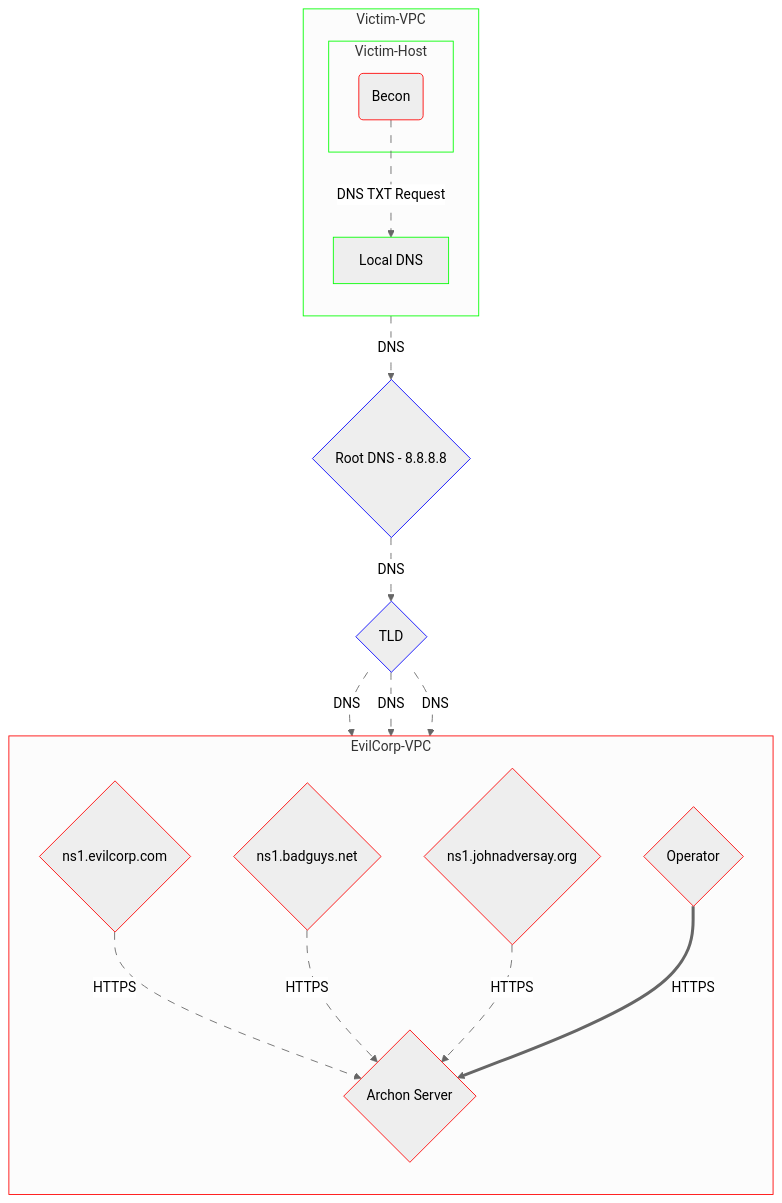
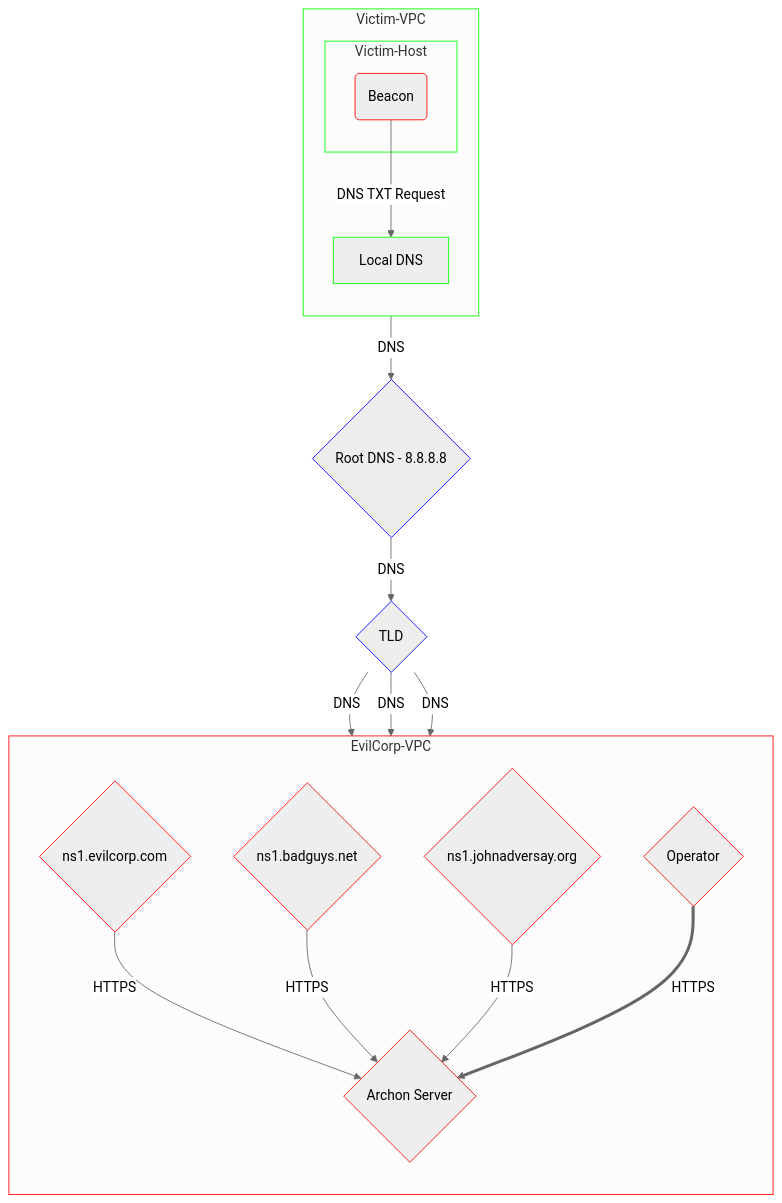
The first of 3 diagrams in README.md (abb3rrant/Unkn0wnC2), drawn with Mermaid (neutral theme) before and after one commit. The commit also changed other lines of this file and 4 other files, not shown here.

````diff
--- a/README.md
+++ b/README.md
@@ -130,47 +130,35 @@
 ```mermaid
 flowchart TB
-
-
 
     subgraph Victim-VPC
         direction TB
             subgraph Victim-Host
-                A(Becon)
+                A(Beacon)
             end
-            A e1@-->|DNS TXT Request| B[Local DNS]
-       
+            A -->|DNS TXT Request| B[Local DNS]
         end
     
-    B e2@-->|DNS| C{Root DNS - 8.8.8.8}
-
-    C e3@-->|DNS| D{TLD}
-
-    D e4@-->|DNS| E
-    D e5@-->|DNS| F{ns1.badguys.net}
-    D e6@-->|DNS| G{ns1.johnadversay.org}
-
-
+    B -->|DNS| C{Root DNS - 8.8.8.8}
+    C -->|DNS| D{TLD}
+    D -->|DNS| E
+    D -->|DNS| F{ns1.badguys.net}
+    D -->|DNS| G{ns1.johnadversay.org}
 
     subgraph EvilCorp-VPC
         direction TB
-            E{ns1.evilcorp.com} e7@-->|HTTPS| H
-            F{ns1.badguys.net} e8@-->|HTTPS| H
-            G{ns1.johnadversay.org} e9@-->|HTTPS| H
+            E{ns1.evilcorp.com} -->|HTTPS| H
+            F -->|HTTPS| H
+            G -->|HTTPS| H
             H{Archon Server}
             I{Operator} ==>|HTTPS| H
-
         end
 
-
 classDef vict stroke:#0f0
-class B,Victim-Host,Victim-VPC vict;
+class B,Victim-Host,Victim-VPC vict
 
 classDef adversary stroke:#f00
-class A,E,F,G,H,I,EvilCorp-VPC adversary;
+class A,E,F,G,H,I,EvilCorp-VPC adversary
 
 classDef internet stroke:#00f
-class C,D internet;
-
-classDef animate stroke-dasharray: 9,5,stroke-dashoffset: 900,animation: dash 25s linear infinite;
-class e1,e2,e3,e4,e5,e6,e7,e8,e9 animate
+class C,D internet
 ```
````
